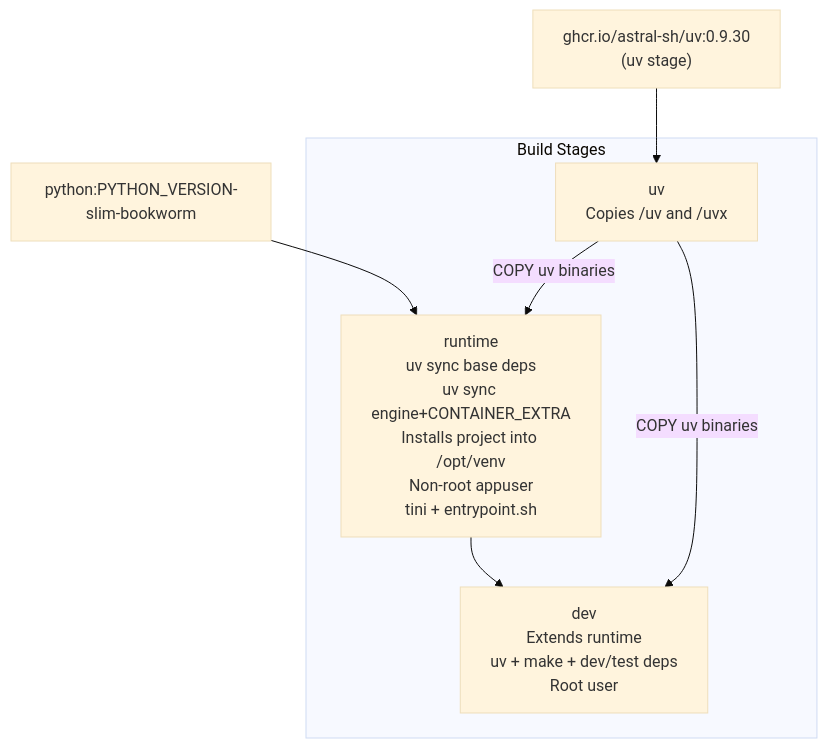
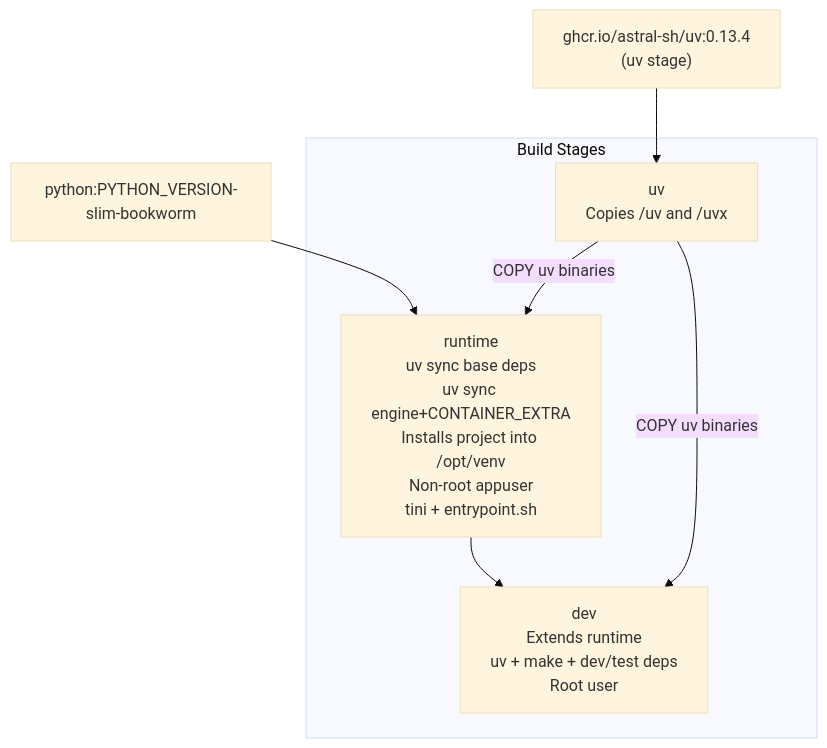
One commit to NVIDIA-NeMo/Safe-Synthesizer changed the diagram in docs/developer-guide/docker.md. Above: the diagram before and after it, drawn with Mermaid (base theme). The commit also changed other lines of this file and 8 other files, not shown here.

````diff
--- a/docs/developer-guide/docker.md
+++ b/docs/developer-guide/docker.md
@@ -21,17 +21,17 @@
 ```mermaid
 flowchart TD
-    uvImage["ghcr.io/astral-sh/uv:0.9.30\n(uv stage)"]
+    uvImage["ghcr.io/astral-sh/uv:0.13.4\n(uv stage)"]
     pythonBase["python:PYTHON_VERSION-slim-bookworm"]
 
     subgraph stages [Build Stages]
         uv["uv\nCopies /uv and /uvx"]
         runtime["runtime\nuv sync base deps\nuv sync engine+CONTAINER_EXTRA\nInstalls project into /opt/venv\nNon-root appuser\ntini + entrypoint.sh"]
         dev["dev\nExtends runtime\nuv + make + dev/test deps\nRoot user"]
     end
 
     uvImage --> uv
     pythonBase --> runtime
     uv -->|"COPY uv binaries"| runtime
     runtime --> dev
     uv -->|"COPY uv binaries"| dev
 ```
````
